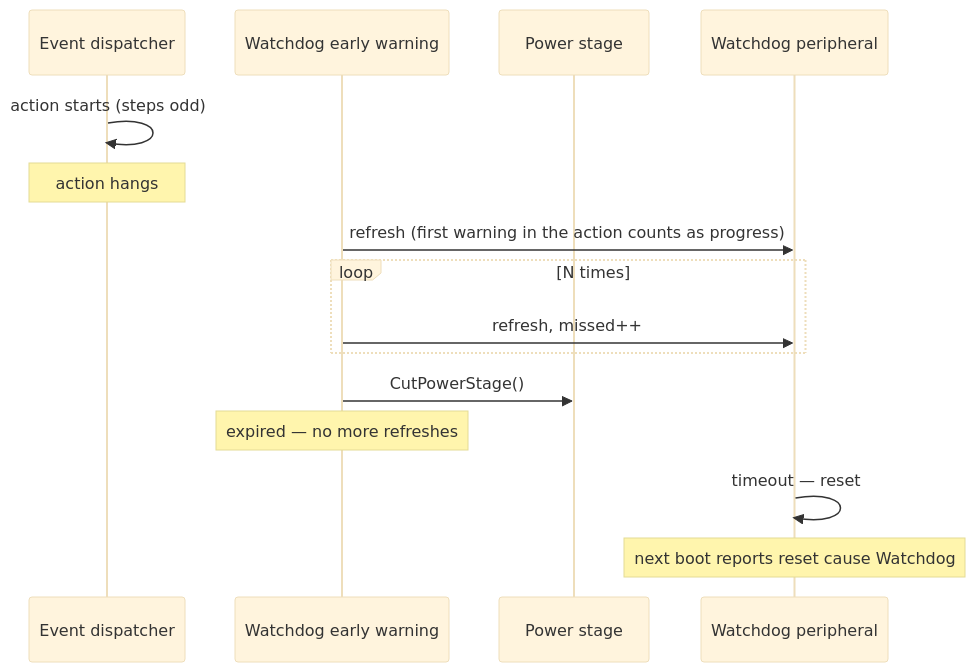
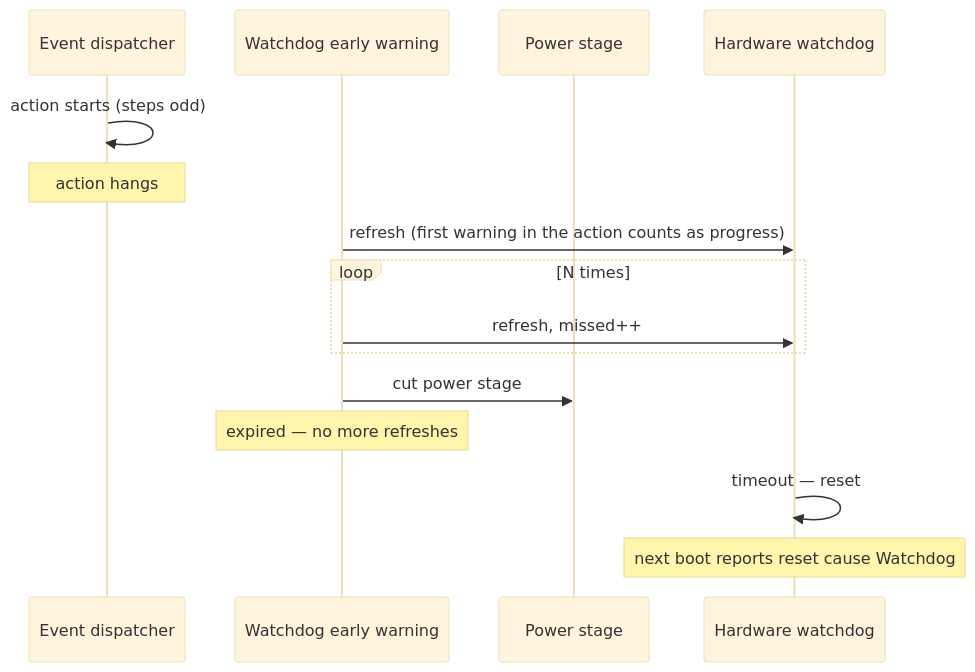
Before and after one commit to embedded-pro/e-foc: the second of 4 diagrams in documentation/design/watchdog.md, drawn with Mermaid (base theme). The commit also changed other lines of this file and 37 other files, not shown here.

````diff
--- a/documentation/design/watchdog.md
+++ b/documentation/design/watchdog.md
@@ -217,18 +217,18 @@
 ```mermaid
 sequenceDiagram
     participant EL as Event dispatcher
     participant WD as Watchdog early warning
     participant Inv as Power stage
-    participant HW as Watchdog peripheral
+    participant HW as Hardware watchdog
 
     EL->>EL: action starts (steps odd)
     Note over EL: action hangs
     WD->>HW: refresh (first warning in the action counts as progress)
     loop N times
         WD->>HW: refresh, missed++
     end
-    WD->>Inv: CutPowerStage()
+    WD->>Inv: cut power stage
     Note over WD: expired — no more refreshes
     HW->>HW: timeout — reset
     Note over HW: next boot reports reset cause Watchdog
 ```
````
